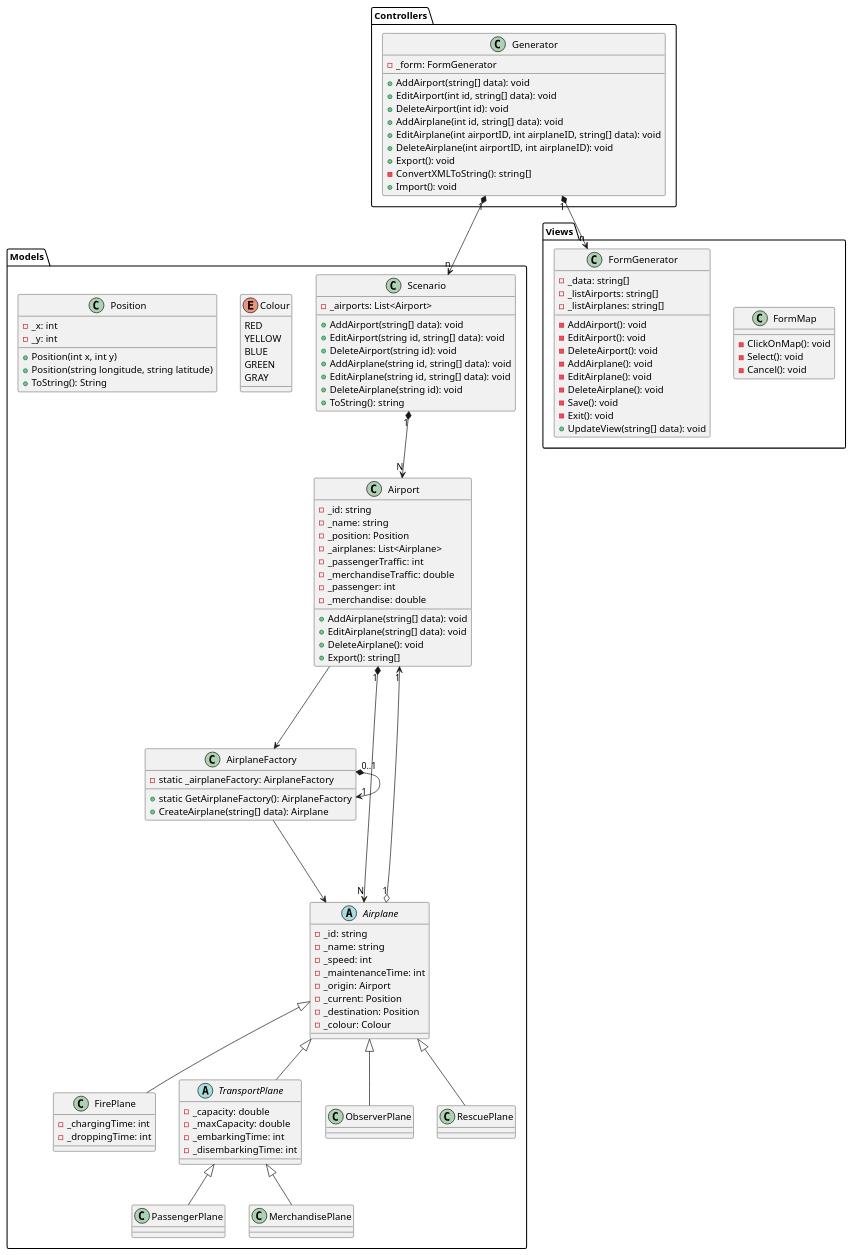
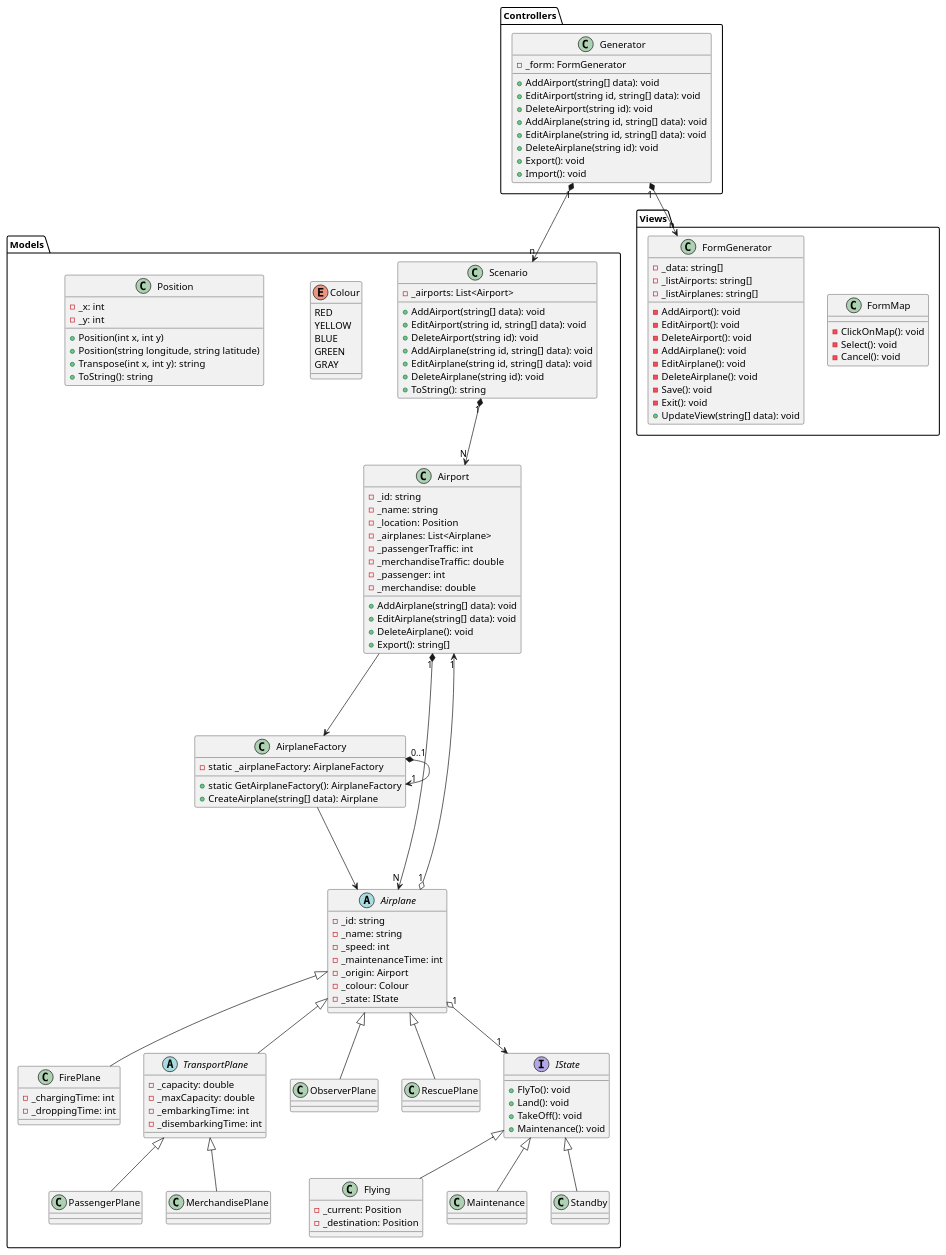
The diagram in Documentation/Diagrams/Class/Generator.puml (darkhappy/flightsim), drawn with PlantUML before and after one commit.

Commit message:
UML/Generator: Added states, renamed a few items

```diff
--- a/Documentation/Diagrams/Class/Generator.puml
+++ b/Documentation/Diagrams/Class/Generator.puml
@@ -1,133 +1,149 @@
 @startuml
 
 package Models {
 
     class Scenario {
         - _airports: List<Airport>
         + AddAirport(string[] data): void
         + EditAirport(string id, string[] data): void
         + DeleteAirport(string id): void
         + AddAirplane(string id, string[] data): void
         + EditAirplane(string id, string[] data): void
         + DeleteAirplane(string id): void
         + ToString(): string
     }
 
     Scenario "1" *--> "N" Airport
 
     class Airport {
         - _id: string
         - _name: string
-        - _position: Position
+        - _location: Position
         - _airplanes: List<Airplane>
         - _passengerTraffic: int
         - _merchandiseTraffic: double
         - _passenger: int
         - _merchandise: double
         + AddAirplane(string[] data): void
         + EditAirplane(string[] data): void
         + DeleteAirplane(): void
         + Export(): string[]
     }
     
     class AirplaneFactory {
         - static _airplaneFactory: AirplaneFactory
         + static GetAirplaneFactory(): AirplaneFactory
         + CreateAirplane(string[] data): Airplane
     }
     
     AirplaneFactory "0..1" *--> "1" AirplaneFactory
     Airport ---> AirplaneFactory
     AirplaneFactory ---> Airplane
 
     abstract class Airplane {
         - _id: string
         - _name: string
         - _speed: int
         - _maintenanceTime: int
         - _origin: Airport
-        - _current: Position
-        - _destination: Position
         - _colour: Colour 
+        - _state: IState
     }
 
     class FirePlane extends Airplane{
         - _chargingTime: int
         - _droppingTime: int
     }
     abstract class TransportPlane extends Airplane {
         - _capacity: double
         - _maxCapacity: double
         - _embarkingTime: int
         - _disembarkingTime: int
     }
     class PassengerPlane extends TransportPlane {}
     class MerchandisePlane extends TransportPlane {}
     class ObserverPlane extends Airplane{}
     class RescuePlane extends Airplane{}
 
     ' Red = Rescue
     ' Yellow = Fires
     ' Blue = Cargo
     ' Green = Passenger
     ' Gray = Observer
     enum Colour {
         RED
         YELLOW
         BLUE
         GREEN
         GRAY
     }
 
     class Position {
         - _x: int
         - _y: int
         + Position(int x, int y)
         + Position(string longitude, string latitude)
-        + ToString(): String
+        + Transpose(int x, int y): string
+        + ToString(): string
     }
+    
+    interface IState {
+        + FlyTo(): void
+        + Land(): void
+        + TakeOff(): void
+        + Maintenance(): void
+    }
+    
+    class Flying extends IState {
+        - _current: Position
+        - _destination: Position
+    }
+    class Maintenance extends IState {}
+    class Standby extends IState {}
+    
+    Airplane "1" o--> "1" IState
+    
     Airport "1" *--> "N" Airplane
     Airplane "1" o--> "1" Airport
 }
 
 package Controllers {
     class Generator {
         - _form: FormGenerator
         + AddAirport(string[] data): void
-        + EditAirport(int id, string[] data): void
-        + DeleteAirport(int id): void
-        + AddAirplane(int id, string[] data): void
-        + EditAirplane(int airportID, int airplaneID, string[] data): void
-        + DeleteAirplane(int airportID, int airplaneID): void
+        + EditAirport(string id, string[] data): void
+        + DeleteAirport(string id): void
+        + AddAirplane(string id, string[] data): void
+        + EditAirplane(string id, string[] data): void
+        + DeleteAirplane(string id): void
         + Export(): void
-        - ConvertXMLToString(): string[]
         + Import(): void
     }
 }
 
 package Views {
     class FormMap {
         - ClickOnMap(): void
         - Select(): void
         - Cancel(): void
     }
     class FormGenerator {
         - _data: string[]
         - _listAirports: string[]
         - _listAirplanes: string[]
         - AddAirport(): void
         - EditAirport(): void
         - DeleteAirport(): void
         - AddAirplane(): void
         - EditAirplane(): void
         - DeleteAirplane(): void
         - Save(): void
         - Exit(): void
         + UpdateView(string[] data): void
     }
 }
 
 Generator "1" *--> "n" Scenario
 Generator "1" *--> "n" FormGenerator
 
 @enduml
```
